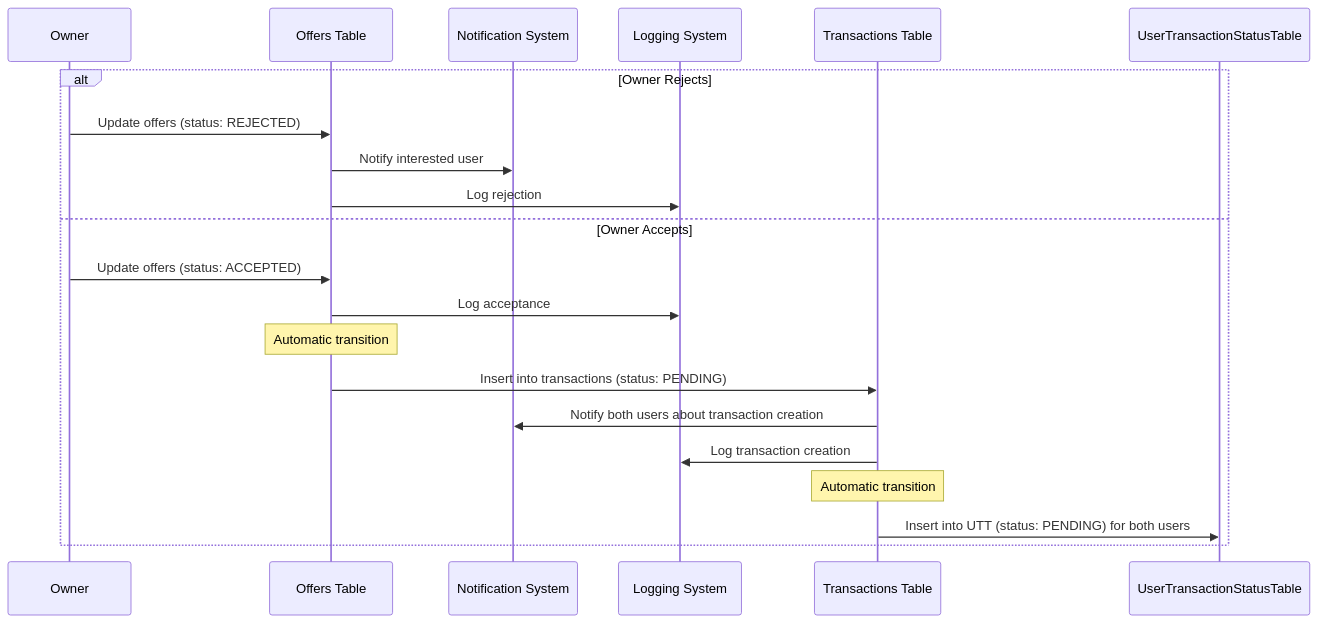
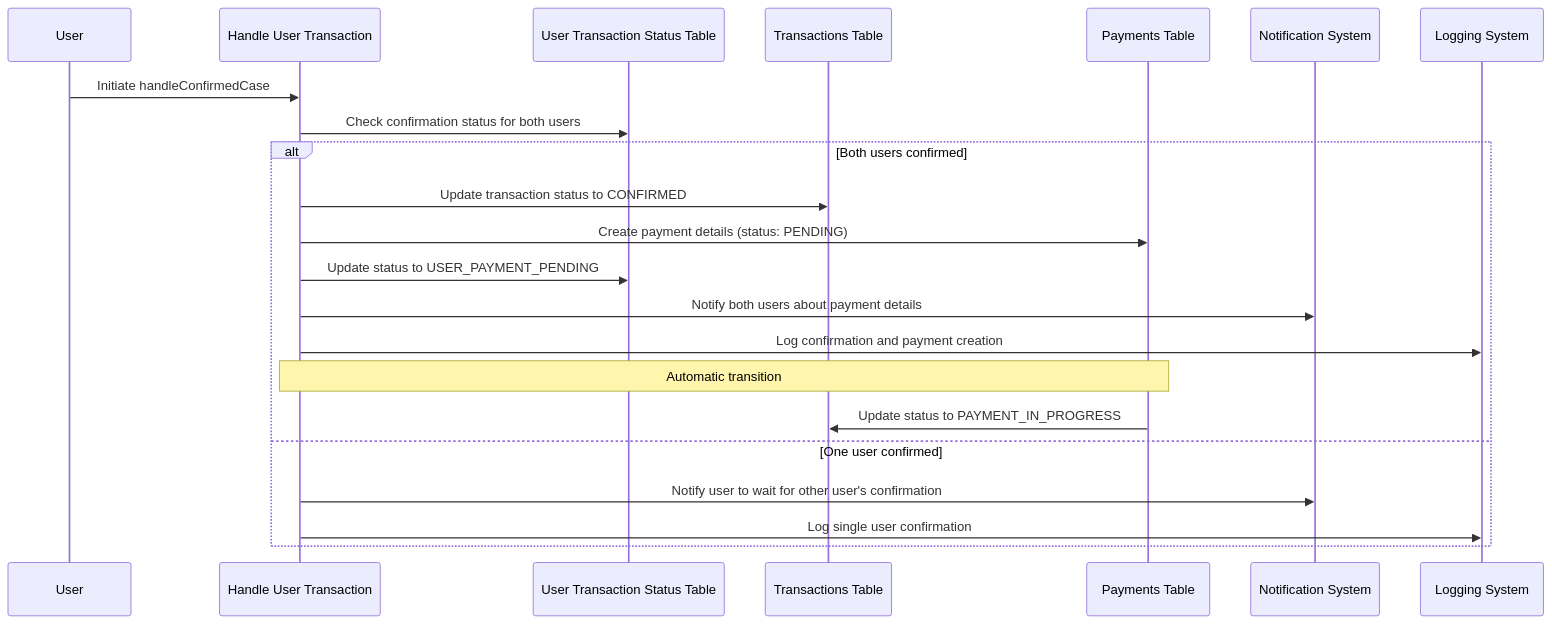
The third of 11 diagrams in documents/Exchange.flow.md (Loknong/book-exchange), drawn with Mermaid before and after one commit. The commit also changed other lines of this file, not shown here.

````diff
--- a/documents/Exchange.flow.md
+++ b/documents/Exchange.flow.md
@@ -128,25 +130,26 @@
 ```mermaid
 sequenceDiagram
-    participant Owner
-    participant OffersTable as Offers Table
+    participant User
+    participant HandleUserTransaction as Handle User Transaction
+    participant UserTransactionStatusTable as User Transaction Status Table
+    participant TransactionsTable as Transactions Table
+    participant PaymentsTable as Payments Table
     participant NotificationSystem as Notification System
     participant LoggingSystem as Logging System
-    participant TransactionsTable as Transactions Table
 
-    alt Owner Rejects
-        Owner->>OffersTable: Update offers (status: REJECTED)
-        OffersTable->>NotificationSystem: Notify interested user
-        OffersTable->>LoggingSystem: Log rejection
-    else Owner Accepts
-        Owner->>OffersTable: Update offers (status: ACCEPTED)
-        OffersTable->>LoggingSystem: Log acceptance
+    User->>HandleUserTransaction: Initiate handleConfirmedCase
+    HandleUserTransaction->>UserTransactionStatusTable: Check confirmation status for both users
+    alt Both users confirmed
+        HandleUserTransaction->>TransactionsTable: Update transaction status to CONFIRMED
+        HandleUserTransaction->>PaymentsTable: Create payment details (status: PENDING)
+        HandleUserTransaction->>UserTransactionStatusTable: Update status to USER_PAYMENT_PENDING
+        HandleUserTransaction->>NotificationSystem: Notify both users about payment details
+        HandleUserTransaction->>LoggingSystem: Log confirmation and payment creation
 
-        note over OffersTable: Automatic transition
-        OffersTable->>TransactionsTable: Insert into transactions (status: PENDING)
-        TransactionsTable->>NotificationSystem: Notify both users about transaction creation
-        TransactionsTable->>LoggingSystem: Log transaction creation
-
-        note over TransactionsTable: Automatic transition
-        TransactionsTable->>UserTransactionStatusTable: Insert into UTT (status: PENDING) for both users
+        note over HandleUserTransaction, PaymentsTable: Automatic transition
+        PaymentsTable->>TransactionsTable: Update status to PAYMENT_IN_PROGRESS
+    else One user confirmed
+        HandleUserTransaction->>NotificationSystem: Notify user to wait for other user's confirmation
+        HandleUserTransaction->>LoggingSystem: Log single user confirmation
     end
 ```
````
